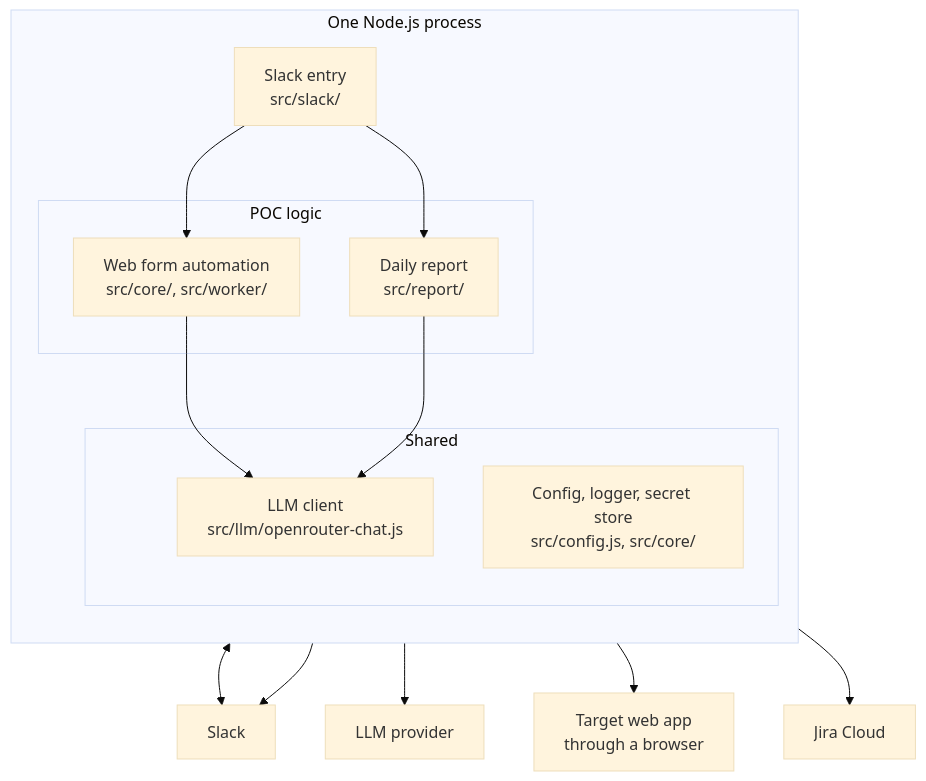
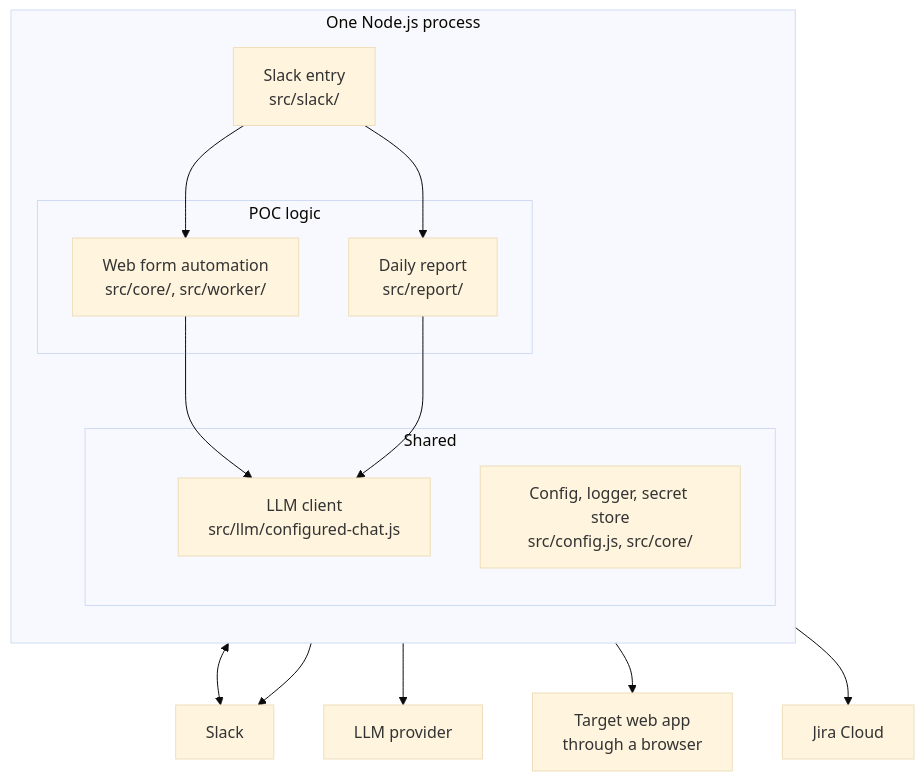
One commit to phuc-nt/slack-web-automation-poc changed the second of 6 diagrams in docs/02-platform-architecture.md. Above: the diagram before and after it, drawn with Mermaid (base theme). The commit also changed other lines of this file and 30 other files, not shown here.

````diff
--- a/docs/02-platform-architecture.md
+++ b/docs/02-platform-architecture.md
@@ -99,24 +99,24 @@
 ```mermaid
 flowchart TB
     subgraph PROC[One Node.js process]
         direction TB
         E[Slack entry<br/>src/slack/]
         subgraph POCS[POC logic]
             P1[Web form automation<br/>src/core/, src/worker/]
             P2[Daily report<br/>src/report/]
         end
         subgraph SHARED[Shared]
-            L[LLM client<br/>src/llm/openrouter-chat.js]
+            L[LLM client<br/>src/llm/configured-chat.js]
             C[Config, logger, secret store<br/>src/config.js, src/core/]
         end
         E --> P1
         E --> P2
         P1 --> L
         P2 --> L
     end
     E <--> S[Slack]
     L --> M[LLM provider]
     P1 --> W[Target web app<br/>through a browser]
     P2 --> S
     P2 --> J[Jira Cloud]
 ```
````
